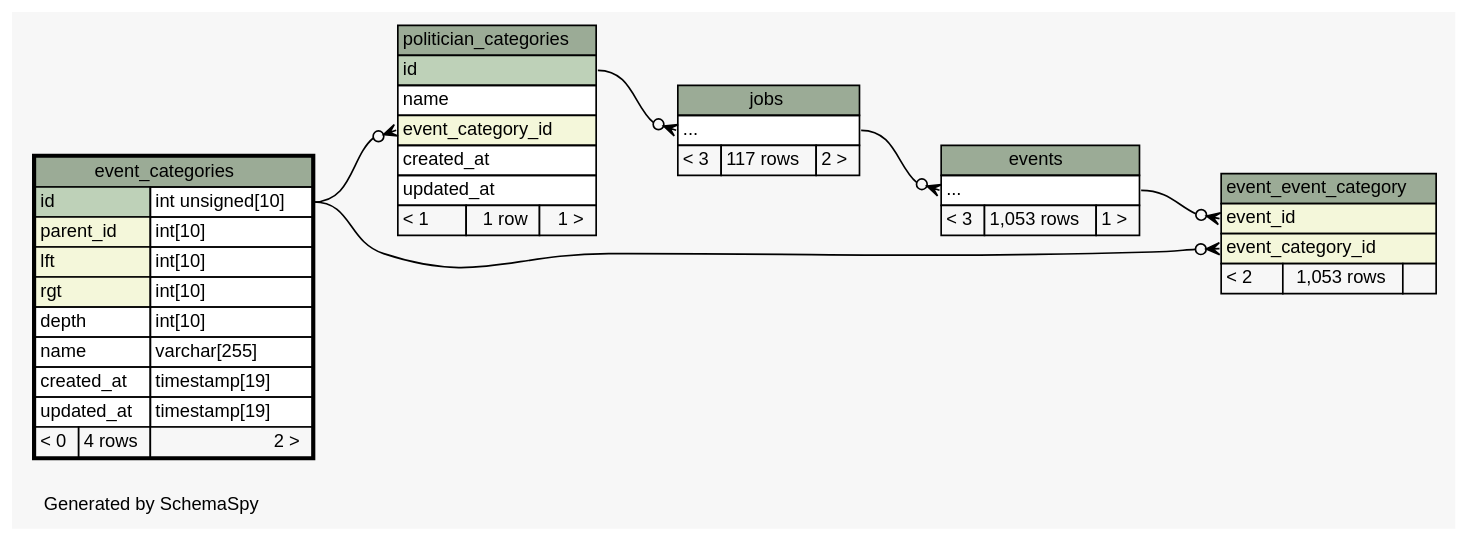
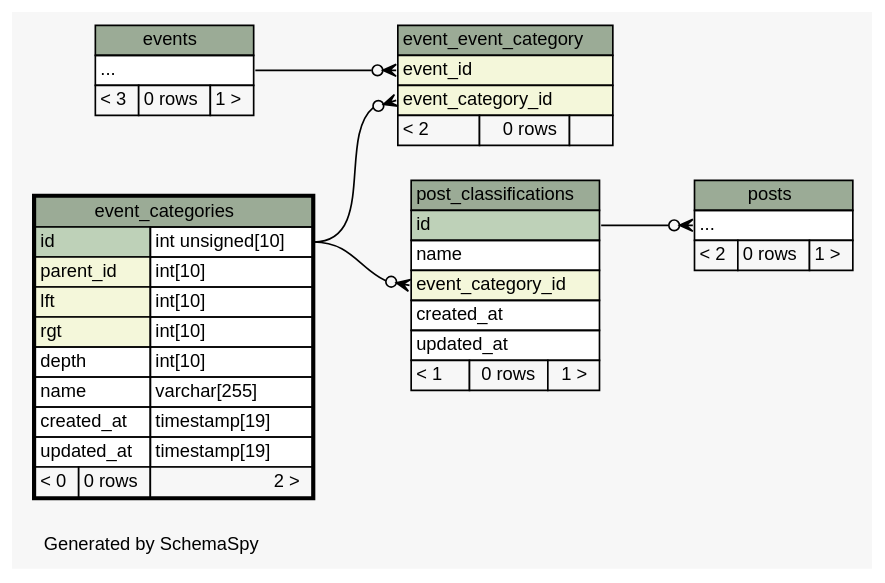
The diagram in docs/diagrams/event_categories.2degrees.dot (g0v/poli-radar-api), drawn with Graphviz before and after one commit. The commit also changed 140 other files, not shown here.

```diff
--- a/docs/diagrams/event_categories.2degrees.dot
+++ b/docs/diagrams/event_categories.2degrees.dot
@@ -1,89 +1,88 @@
 // dot 2.28.0 on Windows 10 10.0
 // SchemaSpy rev 590
 digraph "twoDegreesRelationshipsDiagram" {
   graph [
     rankdir="RL"
     bgcolor="#f7f7f7"
     label="\nGenerated by SchemaSpy"
     labeljust="l"
     nodesep="0.18"
     ranksep="0.46"
     fontname="Helvetica"
     fontsize="11"
   ];
   node [
     fontname="Helvetica"
     fontsize="11"
     shape="plaintext"
   ];
   edge [
     arrowsize="0.8"
   ];
   "event_event_category":"event_category_id":w -> "event_categories":"id.type":e [arrowhead=none dir=back arrowtail=crowodot];
   "event_event_category":"event_id":w -> "events":"elipses":e [arrowhead=none dir=back arrowtail=crowodot];
-  "events":"elipses":w -> "jobs":"elipses":e [arrowhead=none dir=back arrowtail=crowodot];
-  "jobs":"elipses":w -> "politician_categories":"id":e [arrowhead=none dir=back arrowtail=crowodot];
-  "politician_categories":"event_category_id":w -> "event_categories":"id.type":e [arrowhead=none dir=back arrowtail=crowodot];
+  "post_classifications":"event_category_id":w -> "event_categories":"id.type":e [arrowhead=none dir=back arrowtail=crowodot];
+  "posts":"elipses":w -> "post_classifications":"id":e [arrowhead=none dir=back arrowtail=crowodot];
   "event_categories" [
     label=<
     <TABLE BORDER="2" CELLBORDER="1" CELLSPACING="0" BGCOLOR="#ffffff">
       <TR><TD COLSPAN="3" BGCOLOR="#9bab96" ALIGN="CENTER">event_categories</TD></TR>
       <TR><TD PORT="id" COLSPAN="2" BGCOLOR="#bed1b8" ALIGN="LEFT">id</TD><TD PORT="id.type" ALIGN="LEFT">int unsigned[10]</TD></TR>
       <TR><TD PORT="parent_id" COLSPAN="2" BGCOLOR="#f4f7da" ALIGN="LEFT">parent_id</TD><TD PORT="parent_id.type" ALIGN="LEFT">int[10]</TD></TR>
       <TR><TD PORT="lft" COLSPAN="2" BGCOLOR="#f4f7da" ALIGN="LEFT">lft</TD><TD PORT="lft.type" ALIGN="LEFT">int[10]</TD></TR>
       <TR><TD PORT="rgt" COLSPAN="2" BGCOLOR="#f4f7da" ALIGN="LEFT">rgt</TD><TD PORT="rgt.type" ALIGN="LEFT">int[10]</TD></TR>
       <TR><TD PORT="depth" COLSPAN="2" ALIGN="LEFT">depth</TD><TD PORT="depth.type" ALIGN="LEFT">int[10]</TD></TR>
       <TR><TD PORT="name" COLSPAN="2" ALIGN="LEFT">name</TD><TD PORT="name.type" ALIGN="LEFT">varchar[255]</TD></TR>
       <TR><TD PORT="created_at" COLSPAN="2" ALIGN="LEFT">created_at</TD><TD PORT="created_at.type" ALIGN="LEFT">timestamp[19]</TD></TR>
       <TR><TD PORT="updated_at" COLSPAN="2" ALIGN="LEFT">updated_at</TD><TD PORT="updated_at.type" ALIGN="LEFT">timestamp[19]</TD></TR>
-      <TR><TD ALIGN="LEFT" BGCOLOR="#f7f7f7">&lt; 0</TD><TD ALIGN="RIGHT" BGCOLOR="#f7f7f7">4 rows</TD><TD ALIGN="RIGHT" BGCOLOR="#f7f7f7">2 &gt;</TD></TR>
+      <TR><TD ALIGN="LEFT" BGCOLOR="#f7f7f7">&lt; 0</TD><TD ALIGN="RIGHT" BGCOLOR="#f7f7f7">0 rows</TD><TD ALIGN="RIGHT" BGCOLOR="#f7f7f7">2 &gt;</TD></TR>
     </TABLE>>
     URL="event_categories.html"
     tooltip="event_categories"
   ];
   "event_event_category" [
     label=<
     <TABLE BORDER="0" CELLBORDER="1" CELLSPACING="0" BGCOLOR="#ffffff">
       <TR><TD COLSPAN="3" BGCOLOR="#9bab96" ALIGN="CENTER">event_event_category</TD></TR>
       <TR><TD PORT="event_id" COLSPAN="3" BGCOLOR="#f4f7da" ALIGN="LEFT">event_id</TD></TR>
       <TR><TD PORT="event_category_id" COLSPAN="3" BGCOLOR="#f4f7da" ALIGN="LEFT">event_category_id</TD></TR>
-      <TR><TD ALIGN="LEFT" BGCOLOR="#f7f7f7">&lt; 2</TD><TD ALIGN="RIGHT" BGCOLOR="#f7f7f7">1,053 rows</TD><TD ALIGN="RIGHT" BGCOLOR="#f7f7f7">  </TD></TR>
+      <TR><TD ALIGN="LEFT" BGCOLOR="#f7f7f7">&lt; 2</TD><TD ALIGN="RIGHT" BGCOLOR="#f7f7f7">0 rows</TD><TD ALIGN="RIGHT" BGCOLOR="#f7f7f7">  </TD></TR>
     </TABLE>>
     URL="event_event_category.html"
     tooltip="event_event_category"
   ];
   "events" [
     label=<
     <TABLE BORDER="0" CELLBORDER="1" CELLSPACING="0" BGCOLOR="#ffffff">
       <TR><TD COLSPAN="3" BGCOLOR="#9bab96" ALIGN="CENTER">events</TD></TR>
       <TR><TD PORT="elipses" COLSPAN="3" ALIGN="LEFT">...</TD></TR>
-      <TR><TD ALIGN="LEFT" BGCOLOR="#f7f7f7">&lt; 3</TD><TD ALIGN="RIGHT" BGCOLOR="#f7f7f7">1,053 rows</TD><TD ALIGN="RIGHT" BGCOLOR="#f7f7f7">1 &gt;</TD></TR>
+      <TR><TD ALIGN="LEFT" BGCOLOR="#f7f7f7">&lt; 3</TD><TD ALIGN="RIGHT" BGCOLOR="#f7f7f7">0 rows</TD><TD ALIGN="RIGHT" BGCOLOR="#f7f7f7">1 &gt;</TD></TR>
     </TABLE>>
     URL="events.html"
     tooltip="events"
   ];
-  "jobs" [
+  "post_classifications" [
     label=<
     <TABLE BORDER="0" CELLBORDER="1" CELLSPACING="0" BGCOLOR="#ffffff">
-      <TR><TD COLSPAN="3" BGCOLOR="#9bab96" ALIGN="CENTER">jobs</TD></TR>
-      <TR><TD PORT="elipses" COLSPAN="3" ALIGN="LEFT">...</TD></TR>
-      <TR><TD ALIGN="LEFT" BGCOLOR="#f7f7f7">&lt; 3</TD><TD ALIGN="RIGHT" BGCOLOR="#f7f7f7">117 rows</TD><TD ALIGN="RIGHT" BGCOLOR="#f7f7f7">2 &gt;</TD></TR>
-    </TABLE>>
-    URL="jobs.html"
-    tooltip="jobs"
-  ];
-  "politician_categories" [
-    label=<
-    <TABLE BORDER="0" CELLBORDER="1" CELLSPACING="0" BGCOLOR="#ffffff">
-      <TR><TD COLSPAN="3" BGCOLOR="#9bab96" ALIGN="CENTER">politician_categories</TD></TR>
+      <TR><TD COLSPAN="3" BGCOLOR="#9bab96" ALIGN="CENTER">post_classifications</TD></TR>
       <TR><TD PORT="id" COLSPAN="3" BGCOLOR="#bed1b8" ALIGN="LEFT">id</TD></TR>
       <TR><TD PORT="name" COLSPAN="3" ALIGN="LEFT">name</TD></TR>
       <TR><TD PORT="event_category_id" COLSPAN="3" BGCOLOR="#f4f7da" ALIGN="LEFT">event_category_id</TD></TR>
       <TR><TD PORT="created_at" COLSPAN="3" ALIGN="LEFT">created_at</TD></TR>
       <TR><TD PORT="updated_at" COLSPAN="3" ALIGN="LEFT">updated_at</TD></TR>
-      <TR><TD ALIGN="LEFT" BGCOLOR="#f7f7f7">&lt; 1</TD><TD ALIGN="RIGHT" BGCOLOR="#f7f7f7">1 row</TD><TD ALIGN="RIGHT" BGCOLOR="#f7f7f7">1 &gt;</TD></TR>
+      <TR><TD ALIGN="LEFT" BGCOLOR="#f7f7f7">&lt; 1</TD><TD ALIGN="RIGHT" BGCOLOR="#f7f7f7">0 rows</TD><TD ALIGN="RIGHT" BGCOLOR="#f7f7f7">1 &gt;</TD></TR>
     </TABLE>>
-    URL="politician_categories.html"
-    tooltip="politician_categories"
+    URL="post_classifications.html"
+    tooltip="post_classifications"
+  ];
+  "posts" [
+    label=<
+    <TABLE BORDER="0" CELLBORDER="1" CELLSPACING="0" BGCOLOR="#ffffff">
+      <TR><TD COLSPAN="3" BGCOLOR="#9bab96" ALIGN="CENTER">posts</TD></TR>
+      <TR><TD PORT="elipses" COLSPAN="3" ALIGN="LEFT">...</TD></TR>
+      <TR><TD ALIGN="LEFT" BGCOLOR="#f7f7f7">&lt; 2</TD><TD ALIGN="RIGHT" BGCOLOR="#f7f7f7">0 rows</TD><TD ALIGN="RIGHT" BGCOLOR="#f7f7f7">1 &gt;</TD></TR>
+    </TABLE>>
+    URL="posts.html"
+    tooltip="posts"
   ];
 }
```
